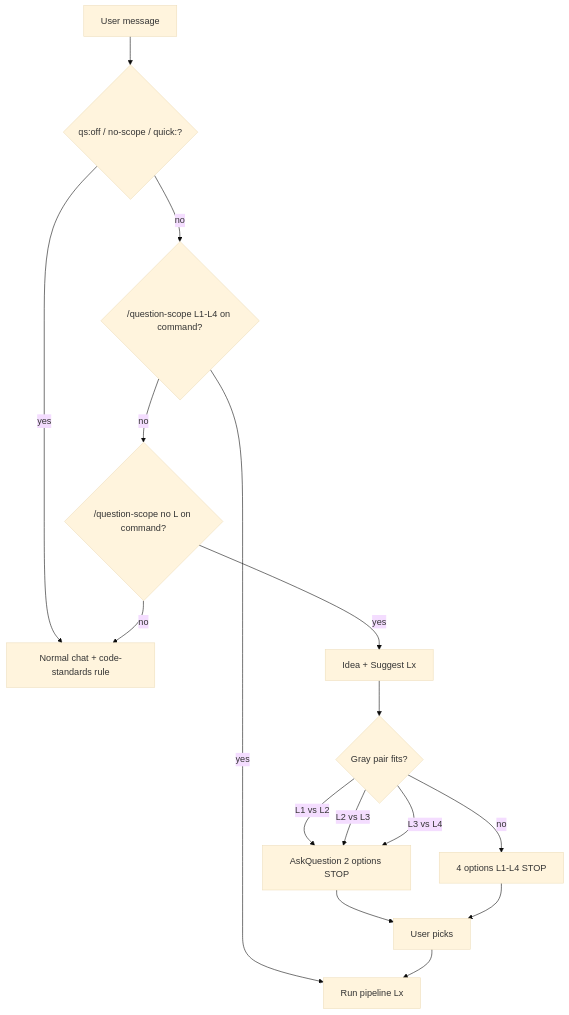
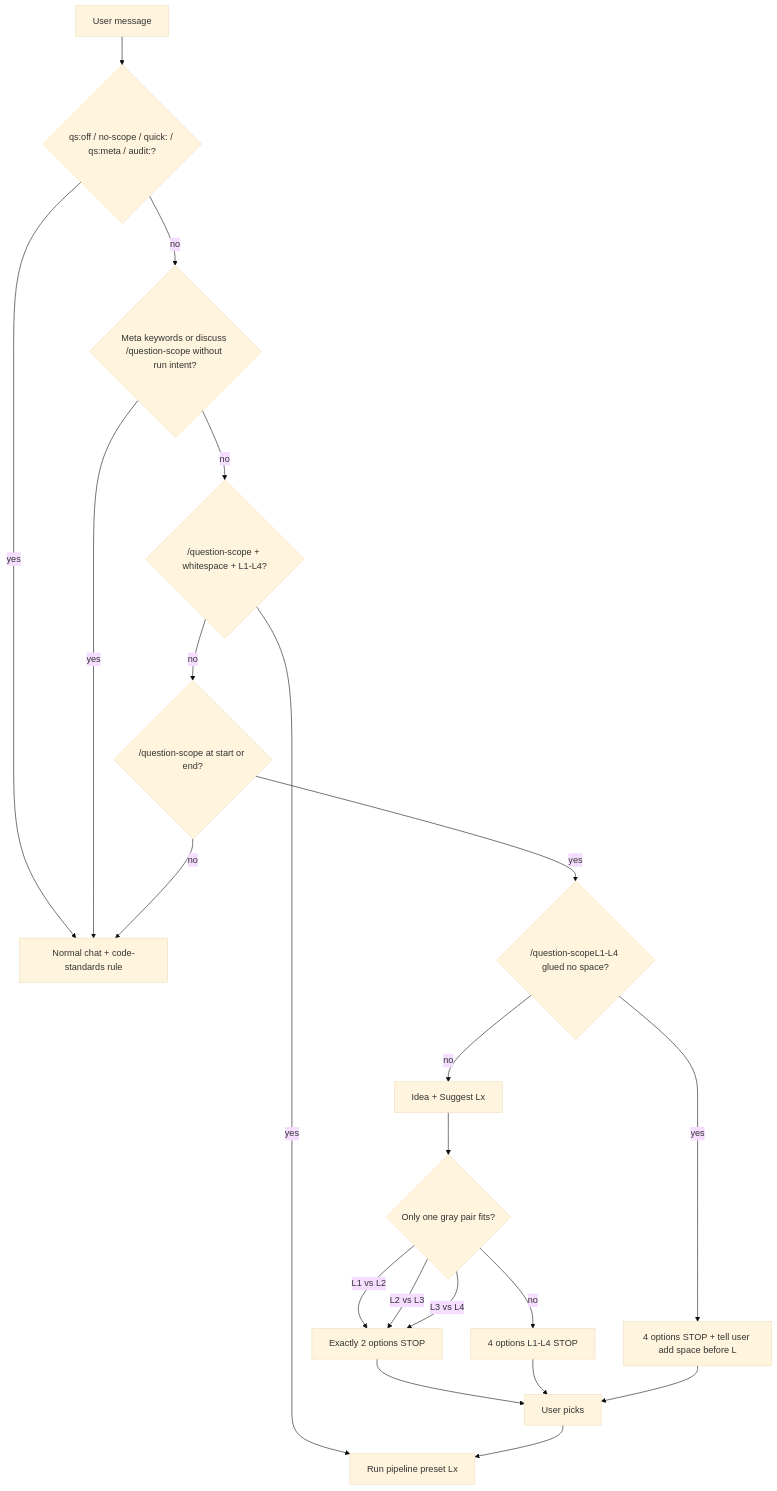
One commit to duongvanhaiwork-coder/workspace changed the diagram in skills/question-scope/references/level-picker.md. Above: the diagram before and after it, drawn with Mermaid (base theme). The commit also changed other lines of this file and 37 other files, not shown here.

````diff
--- a/skills/question-scope/references/level-picker.md
+++ b/skills/question-scope/references/level-picker.md
@@ -7,18 +7,23 @@
 ```mermaid
 flowchart TD
-  A[User message] --> B{qs:off / no-scope / quick:?}
+  A[User message] --> B{qs:off / no-scope / quick: / qs:meta / audit:?}
   B -->|yes| Z[Normal chat + code-standards rule]
-  B -->|no| C{/question-scope L1-L4 on command?}
-  C -->|yes| D[Run pipeline Lx]
-  C -->|no| E{/question-scope no L on command?}
+  B -->|no| C{Meta keywords or discuss /question-scope without run intent?}
+  C -->|yes| Z
+  C -->|no| D{/question-scope + whitespace + L1-L4?}
+  D -->|yes| RUN[Run pipeline preset Lx]
+  D -->|no| E{/question-scope at start or end?}
   E -->|no| Z
-  E -->|yes| F[Idea + Suggest Lx]
-  F --> G{Gray pair fits?}
-  G -->|no| I[4 options L1-L4 STOP]
-  G -->|L1 vs L2| H[AskQuestion 2 options STOP]
-  G -->|L2 vs L3| H
-  G -->|L3 vs L4| H
-  H --> J[User picks]
+  E -->|yes| G{/question-scopeL1-L4 glued no space?}
+  G -->|yes| WARN[4 options STOP + tell user add space before L]
+  G -->|no| F[Idea + Suggest Lx]
+  F --> H{Only one gray pair fits?}
+  H -->|no| I[4 options L1-L4 STOP]
+  H -->|L1 vs L2| T[Exactly 2 options STOP]
+  H -->|L2 vs L3| T
+  H -->|L3 vs L4| T
+  T --> J[User picks]
   I --> J
-  J --> D
+  J --> RUN
+  WARN --> J
 ```
````
